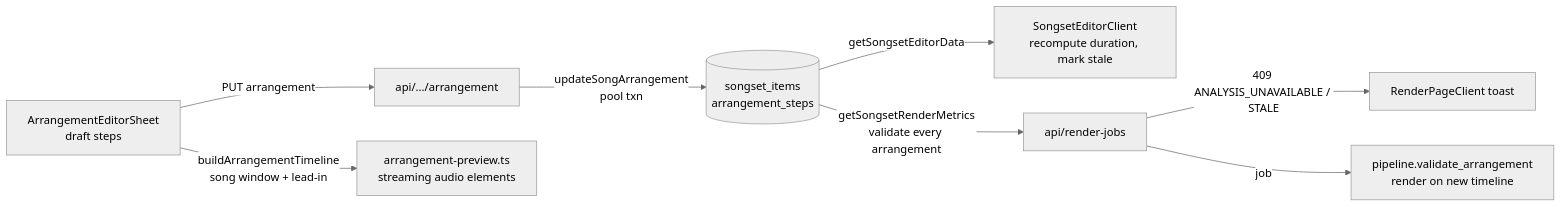
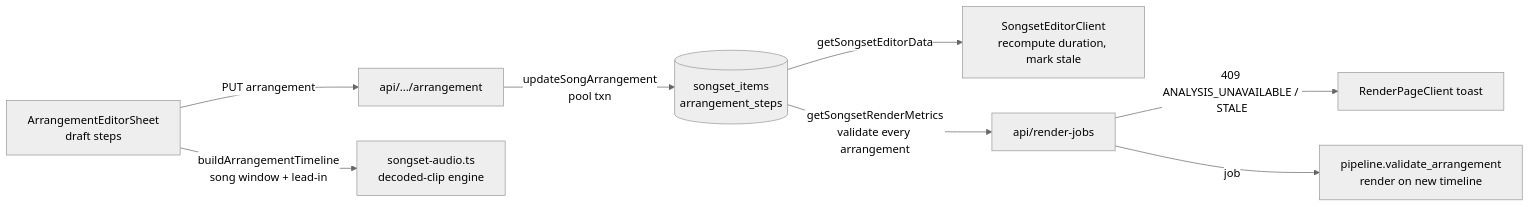
Before and after one commit to mhuang74/stream_of_worship: the diagram in docs/song-arrangement-editor-dev-guide.md, drawn with Mermaid (neutral theme). The commit also changed other lines of this file and 48 other files, not shown here.

First line of the commit message:
feat(webapp): browser songset audio engine, Listen dialog, Worship relabel, editor cutover

````diff
--- a/docs/song-arrangement-editor-dev-guide.md
+++ b/docs/song-arrangement-editor-dev-guide.md
@@ -90,10 +90,10 @@
 ```mermaid
 flowchart LR
   sheet[ArrangementEditorSheet<br/>draft steps] -->|PUT arrangement| route[api/.../arrangement]
   route -->|updateSongArrangement<br/>pool txn| db[(songset_items<br/>arrangement_steps)]
   db -->|getSongsetEditorData| client[SongsetEditorClient<br/>recompute duration, mark stale]
   db -->|getSongsetRenderMetrics<br/>validate every arrangement| render[api/render-jobs]
   render -->|409 ANALYSIS_UNAVAILABLE / STALE| renderPage[RenderPageClient toast]
   render -->|job| worker[pipeline.validate_arrangement<br/>render on new timeline]
-  sheet -->|buildArrangementTimeline<br/>song window + lead-in| preview[arrangement-preview.ts<br/>streaming audio elements]
+  sheet -->|buildArrangementTimeline<br/>song window + lead-in| preview[songset-audio.ts<br/>decoded-clip engine]
 ```
````
